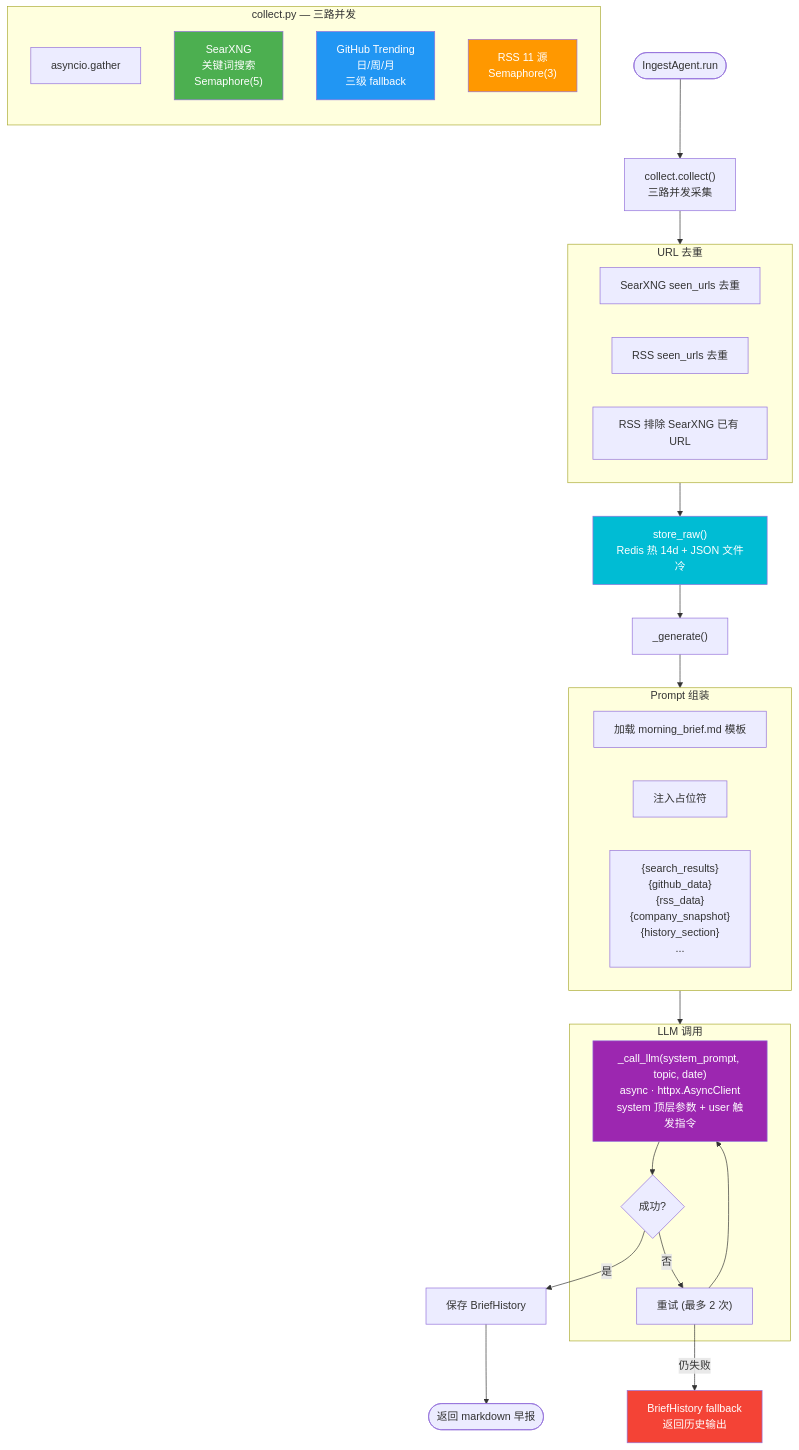
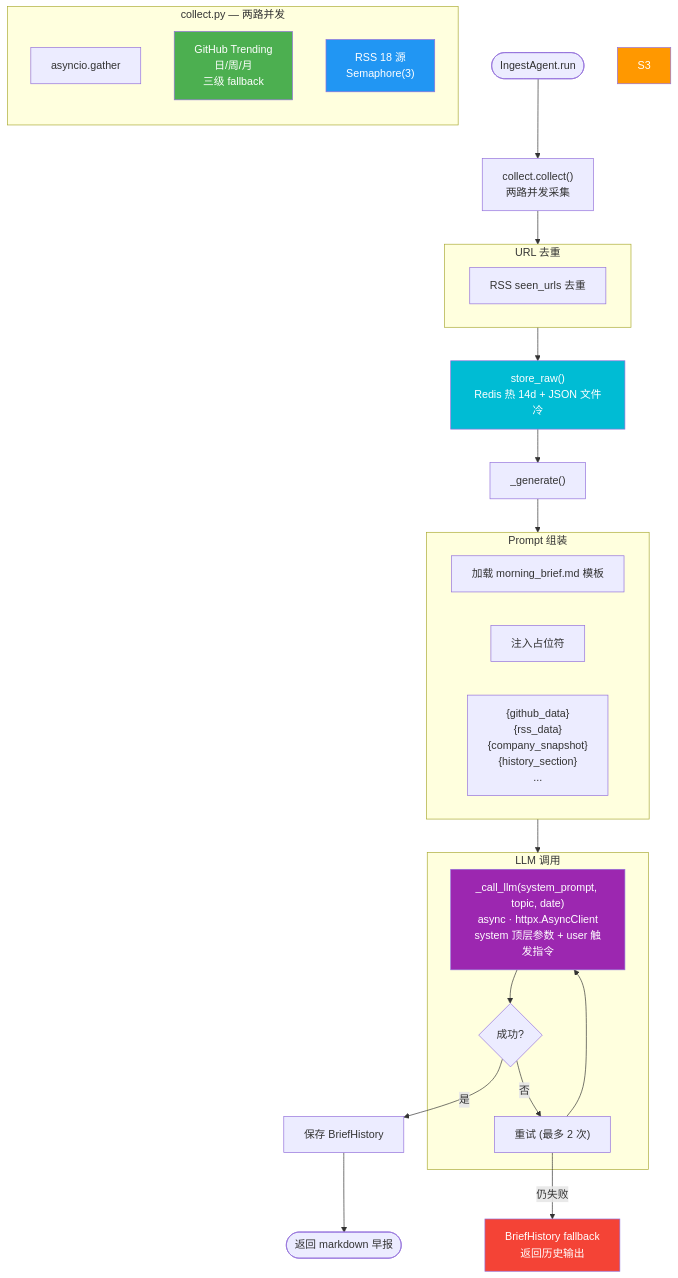
Before and after one commit to xinovate/linglong-scout: the first of 2 diagrams in docs/design/02-agent-pipeline.md, drawn with Mermaid. The commit also changed other lines of this file and 17 other files, not shown here.

First line of the commit message:
docs: 清理 SearXNG 引用，更新规则文件和文档

````diff
--- a/docs/design/02-agent-pipeline.md
+++ b/docs/design/02-agent-pipeline.md
@@ -16,53 +16,50 @@
 ```mermaid
 flowchart TD
-    START([IngestAgent.run]) --> COLLECT["collect.collect()<br/>三路并发采集"]
+    START([IngestAgent.run]) --> COLLECT["collect.collect()<br/>两路并发采集"]
 
-    subgraph COLLECT_MODULE["collect.py — 三路并发"]
+    subgraph COLLECT_MODULE["collect.py — 两路并发"]
         direction TB
         PARALLEL["asyncio.gather"]
-        S1["SearXNG<br/>关键词搜索<br/>Semaphore(5)"]
-        S2["GitHub Trending<br/>日/周/月<br/>三级 fallback"]
-        S3["RSS 11 源<br/>Semaphore(3)"]
+        S1["GitHub Trending<br/>日/周/月<br/>三级 fallback"]
+        S2["RSS 18 源<br/>Semaphore(3)"]
     end
 
     COLLECT --> DEDUP
 
     subgraph DEDUP["URL 去重"]
-        D1["SearXNG seen_urls 去重"]
-        D2["RSS seen_urls 去重"]
-        D3["RSS 排除 SearXNG 已有 URL"]
+        D1["RSS seen_urls 去重"]
     end
 
     DEDUP --> STORE["store_raw()<br/>Redis 热 14d + JSON 文件冷"]
 
     STORE --> GEN["_generate()"]
 
     subgraph BUILD["Prompt 组装"]
         B1["加载 morning_brief.md 模板"]
         B2["注入占位符"]
-        B3["{search_results}<br/>{github_data}<br/>{rss_data}<br/>{company_snapshot}<br/>{history_section}<br/>..."]
+        B3["{github_data}<br/>{rss_data}<br/>{company_snapshot}<br/>{history_section}<br/>..."]
     end
 
     GEN --> BUILD --> LLM
 
     subgraph LLM["LLM 调用"]
         L1["_call_llm(system_prompt, topic, date)<br/>async · httpx.AsyncClient<br/>system 顶层参数 + user 触发指令"]
         L2{成功?}
         L3["重试 (最多 2 次)"]
     end
 
     L1 --> L2
     L2 -->|是| SAVE
     L2 -->|否| L3
     L3 --> L1
     L3 -->|仍失败| FALLBACK["BriefHistory fallback<br/>返回历史输出"]
 
     SAVE["保存 BriefHistory"] --> OUTPUT(["返回 markdown 早报"])
 
     style S1 fill:#4CAF50,color:#fff
     style S2 fill:#2196F3,color:#fff
     style S3 fill:#FF9800,color:#fff
     style STORE fill:#00BCD4,color:#fff
     style L1 fill:#9C27B0,color:#fff
     style FALLBACK fill:#f44336,color:#fff
 ```
````
